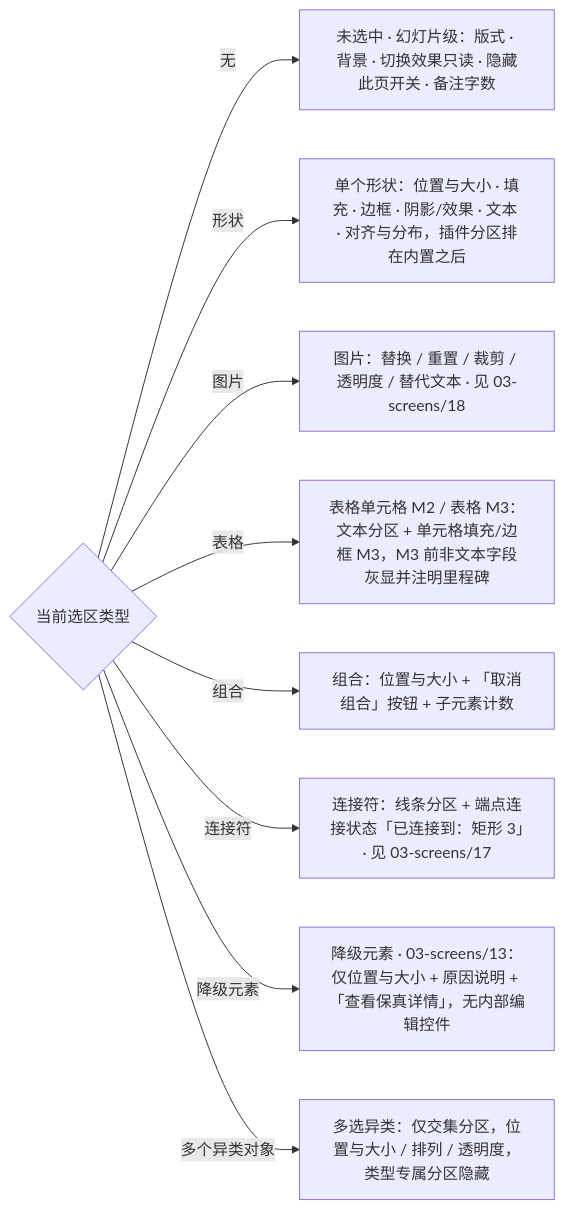
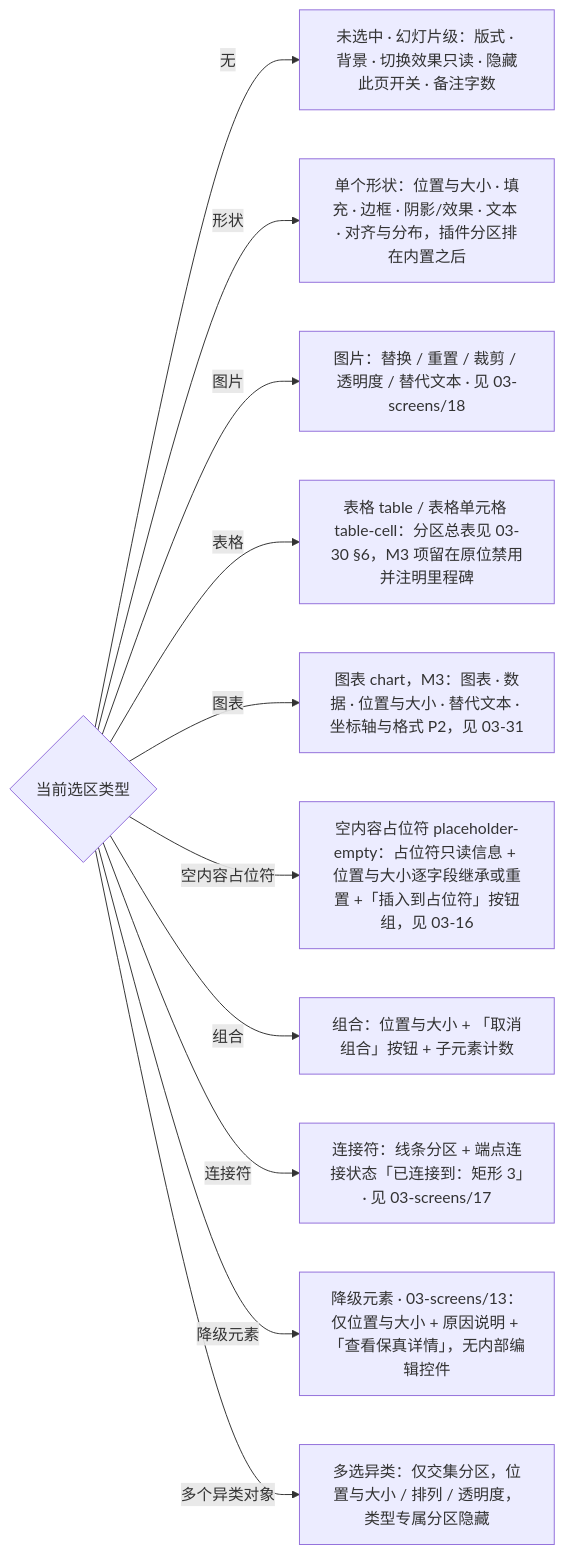
The first of 2 diagrams in docs/20-design/03-screens/03-properties-panel.md (Xeonice/cordis-ppt-editor), drawn with Mermaid before and after one commit. The commit also changed other lines of this file and 42 other files, not shown here.

First line of the commit message:
docs(design): 表格与图表编辑、占位符图标条、日期格式选择器样张与设计稿

````diff
--- a/docs/20-design/03-screens/03-properties-panel.md
+++ b/docs/20-design/03-screens/03-properties-panel.md
@@ -115,20 +117,24 @@
 ```mermaid
 flowchart LR
   sel{"当前选区类型"}
   pNone["未选中 · 幻灯片级：版式 · 背景 · 切换效果只读 · 隐藏此页开关 · 备注字数"]
   pShape["单个形状：位置与大小 · 填充 · 边框 · 阴影/效果 · 文本 · 对齐与分布，插件分区排在内置之后"]
   pImg["图片：替换 / 重置 / 裁剪 / 透明度 / 替代文本 · 见 03-screens/18"]
-  pTable["表格单元格 M2 / 表格 M3：文本分区 + 单元格填充/边框 M3，M3 前非文本字段灰显并注明里程碑"]
+  pTable["表格 table / 表格单元格 table-cell：分区总表见 03-30 §6，M3 项留在原位禁用并注明里程碑"]
+  pChart["图表 chart，M3：图表 · 数据 · 位置与大小 · 替代文本 · 坐标轴与格式 P2，见 03-31"]
+  pPh["空内容占位符 placeholder-empty：占位符只读信息 + 位置与大小逐字段继承或重置 +「插入到占位符」按钮组，见 03-16"]
   pGroup["组合：位置与大小 + 「取消组合」按钮 + 子元素计数"]
   pCxn["连接符：线条分区 + 端点连接状态「已连接到：矩形 3」· 见 03-screens/17"]
   pDeg["降级元素 · 03-screens/13：仅位置与大小 + 原因说明 + 「查看保真详情」，无内部编辑控件"]
   pMulti["多选异类：仅交集分区，位置与大小 / 排列 / 透明度，类型专属分区隐藏"]
   sel -->|"无"| pNone
   sel -->|"形状"| pShape
   sel -->|"图片"| pImg
   sel -->|"表格"| pTable
+  sel -->|"图表"| pChart
+  sel -->|"空内容占位符"| pPh
   sel -->|"组合"| pGroup
   sel -->|"连接符"| pCxn
   sel -->|"降级元素"| pDeg
   sel -->|"多个异类对象"| pMulti
 ```
````
